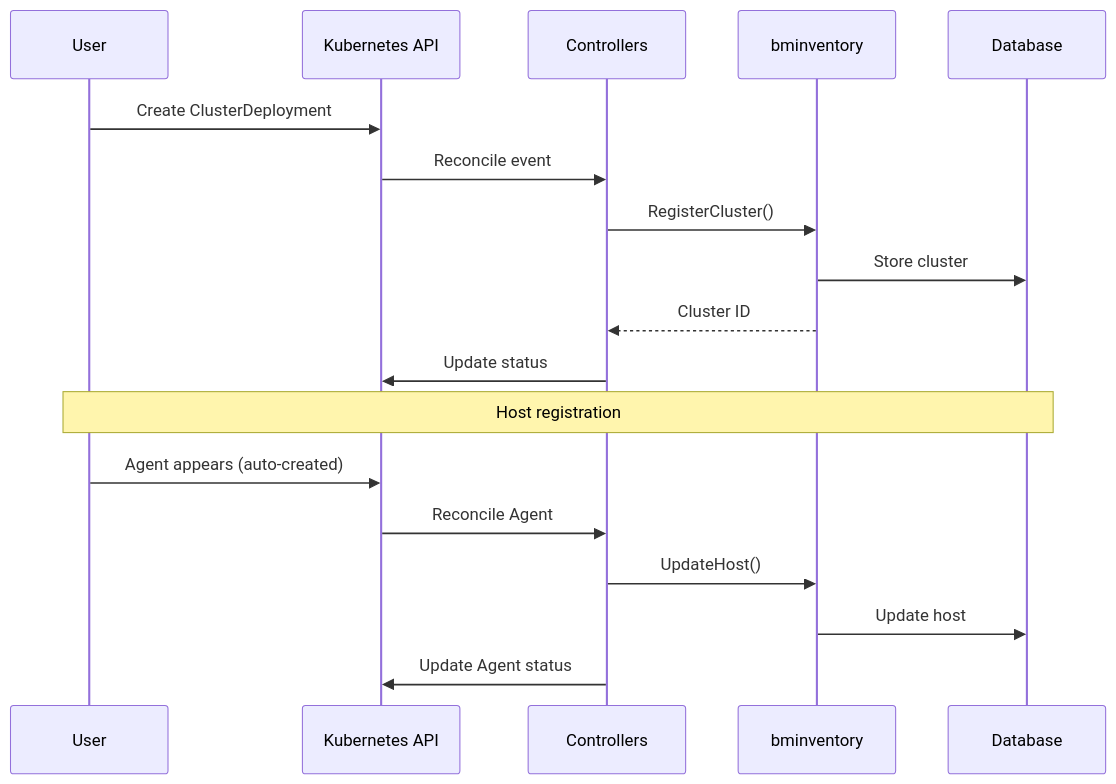
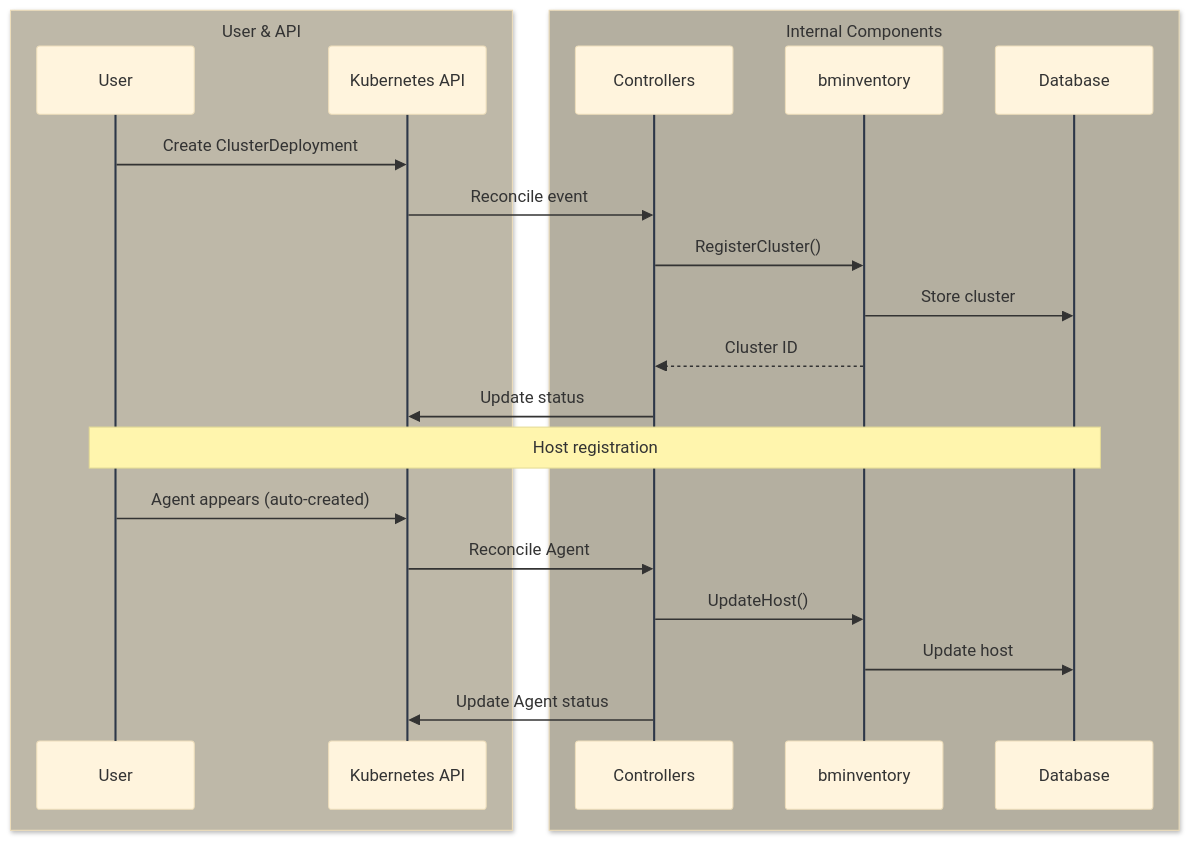
Before and after one commit to zszabo-rh/openshift-install-guide: the third of 4 diagrams in 03-assisted-installation/rest-api-vs-kube-api.md, drawn with Mermaid. The commit also changed other lines of this file and 16 other files, not shown here.

Commit message:
improved diagram style

````diff
--- a/03-assisted-installation/rest-api-vs-kube-api.md
+++ b/03-assisted-installation/rest-api-vs-kube-api.md
@@ -261,23 +292,29 @@
 ```mermaid
+%%{init: {'theme': 'base', 'themeVariables': { 'lineColor': '#2d3748', 'actorLineColor': '#2d3748' }}}%%
 sequenceDiagram
-    participant User
-    participant K8s as Kubernetes API
-    participant Ctrl as Controllers
-    participant BM as bminventory
-    participant DB as Database
+    box rgb(190,184,168) User & API
+        participant User
+        participant K8s as Kubernetes API
+    end
+    
+    box rgb(180,175,160) Internal Components
+        participant Ctrl as Controllers
+        participant BM as bminventory
+        participant DB as Database
+    end
     
     User->>K8s: Create ClusterDeployment
     K8s->>Ctrl: Reconcile event
     Ctrl->>BM: RegisterCluster()
     BM->>DB: Store cluster
     BM-->>Ctrl: Cluster ID
     Ctrl->>K8s: Update status
     
     Note over User,DB: Host registration
     
     User->>K8s: Agent appears (auto-created)
     K8s->>Ctrl: Reconcile Agent
     Ctrl->>BM: UpdateHost()
     BM->>DB: Update host
     Ctrl->>K8s: Update Agent status
 ```
````
